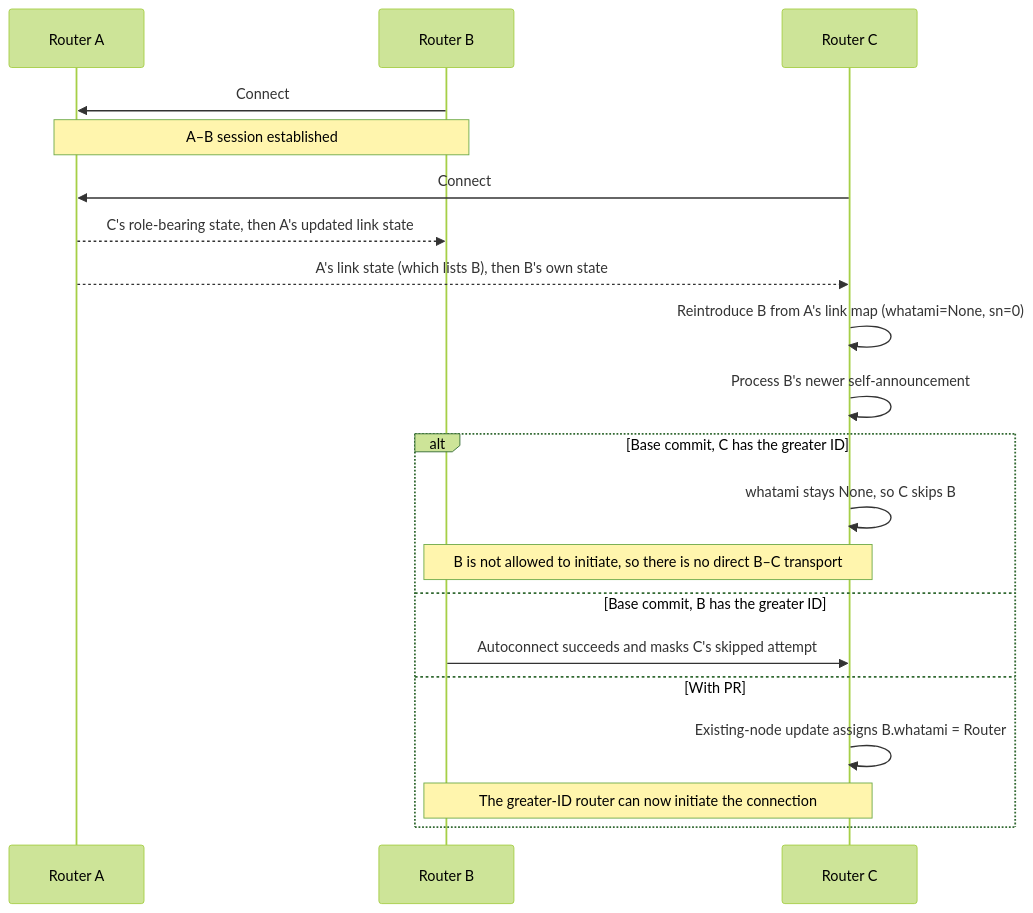
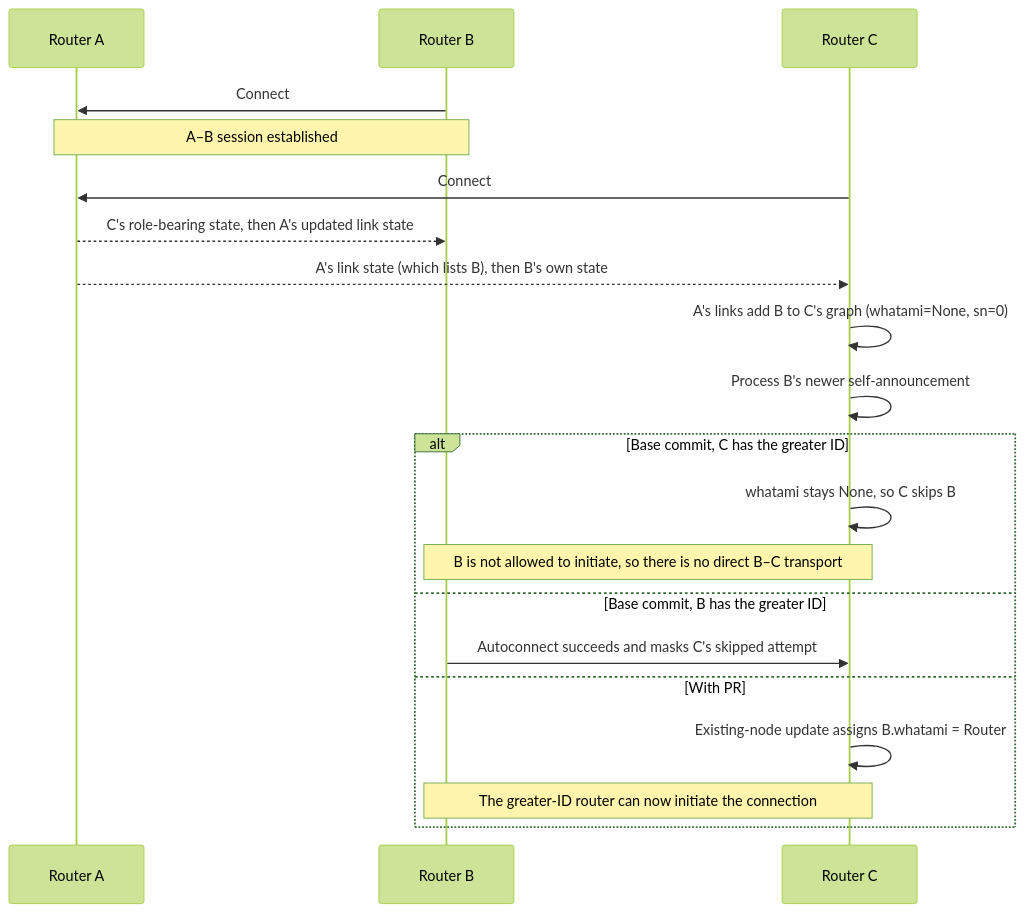
The diagram in README.md (nt4i/zenoh-whatami-gossip-race-repro), drawn with Mermaid (forest theme) before and after one commit. The commit also changed other lines of this file, not shown here.

````diff
--- a/README.md
+++ b/README.md
@@ -7,23 +7,23 @@
 ```mermaid
 sequenceDiagram
     participant A as Router A
     participant B as Router B
     participant C as Router C
 
     B->>A: Connect
     Note over A,B: A–B session established
     C->>A: Connect
     A-->>B: C's role-bearing state, then A's updated link state
     A-->>C: A's link state (which lists B), then B's own state
-    C->>C: Reintroduce B from A's link map (whatami=None, sn=0)
+    C->>C: A's links add B to C's graph (whatami=None, sn=0)
     C->>C: Process B's newer self-announcement
     alt Base commit, C has the greater ID
         C->>C: whatami stays None, so C skips B
         Note over B,C: B is not allowed to initiate, so there is no direct B–C transport
     else Base commit, B has the greater ID
         B->>C: Autoconnect succeeds and masks C's skipped attempt
     else With PR #2827 change
         C->>C: Existing-node update assigns B.whatami = Router
         Note over B,C: The greater-ID router can now initiate the connection
     end
 ```
````
